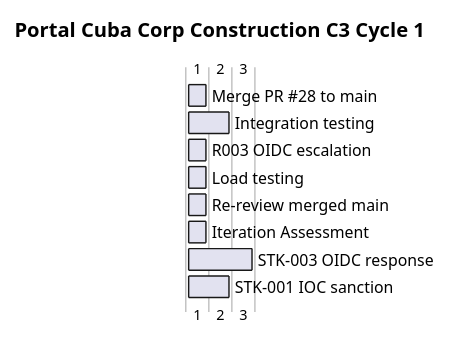
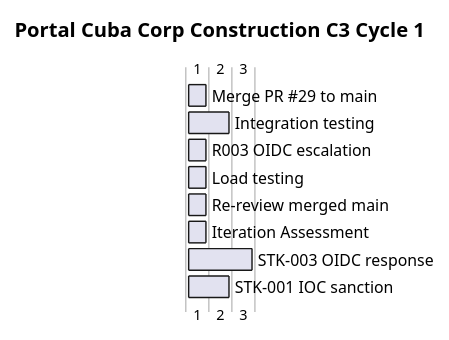
One commit to banense-test/portal-cuba-corp changed the second of 2 diagrams in docs/artifacts/project-management/iteration-plan.md. Above: the diagram before and after it, drawn with PlantUML. The commit also changed other lines of this file, not shown here.

````diff
--- a/docs/artifacts/project-management/iteration-plan.md
+++ b/docs/artifacts/project-management/iteration-plan.md
@@ -77,14 +80,14 @@
 ```plantuml
 @startgantt
 title Portal Cuba Corp Construction C3 Cycle 1
 
-[Merge PR #28 to main] lasts 1 days
+[Merge PR #29 to main] lasts 1 days
 [Integration testing] lasts 2 days
 [R003 OIDC escalation] lasts 1 days
 [Load testing] lasts 1 days
 [Re-review merged main] lasts 1 days
 [Iteration Assessment] lasts 1 days
 [STK-003 OIDC response] lasts 3 days
 [STK-001 IOC sanction] lasts 2 days
 @endgantt
 ```
````
